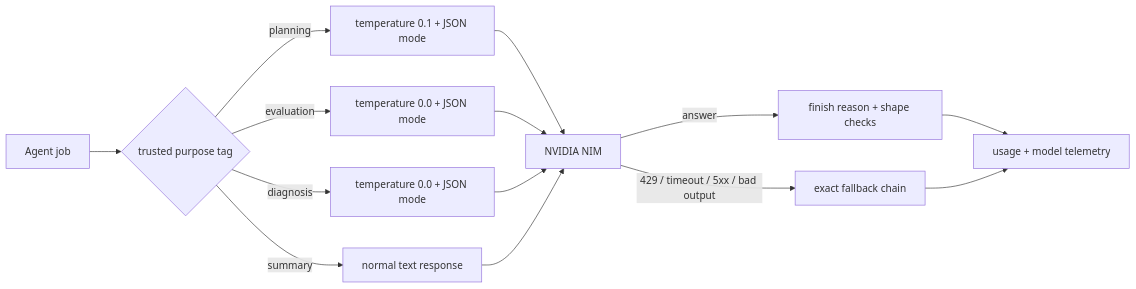
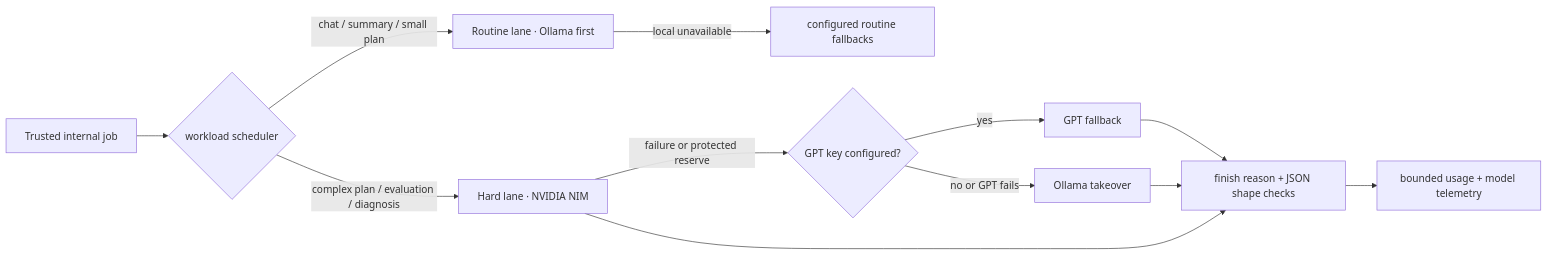
Before and after one commit to Qynl/Nexofficial: the second of 2 diagrams in README.md, drawn with Mermaid. The commit also changed other lines of this file and 14 other files, not shown here.

````diff
--- a/README.md
+++ b/README.md
@@ -540,16 +553,14 @@
 ```mermaid
 graph LR
-    J[Agent job] --> T{trusted purpose tag}
-    T -->|planning| P[temperature 0.1 + JSON mode]
-    T -->|evaluation| E[temperature 0.0 + JSON mode]
-    T -->|diagnosis| D[temperature 0.0 + JSON mode]
-    T -->|summary| S[normal text response]
-    P --> N[NVIDIA NIM]
-    E --> N
-    D --> N
-    S --> N
-    N -->|answer| V[finish reason + shape checks]
-    N -->|429 / timeout / 5xx / bad output| F[exact fallback chain]
-    V --> U[usage + model telemetry]
-    F --> U
+    J[Trusted internal job] --> T{workload scheduler}
+    T -->|chat / summary / small plan| L[Routine lane · Ollama first]
+    T -->|complex plan / evaluation / diagnosis| N[Hard lane · NVIDIA NIM]
+    N -->|failure or protected reserve| G{GPT key configured?}
+    G -->|yes| GPT[GPT fallback]
+    G -->|no or GPT fails| O[Ollama takeover]
+    L -->|local unavailable| RF[configured routine fallbacks]
+    N --> V[finish reason + JSON shape checks]
+    GPT --> V
+    O --> V
+    V --> U[bounded usage + model telemetry]
 ```
````
